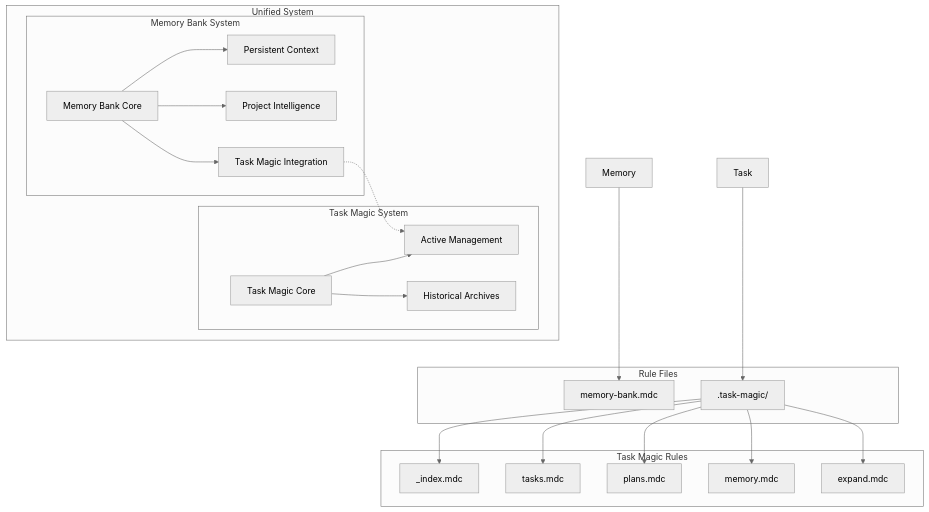
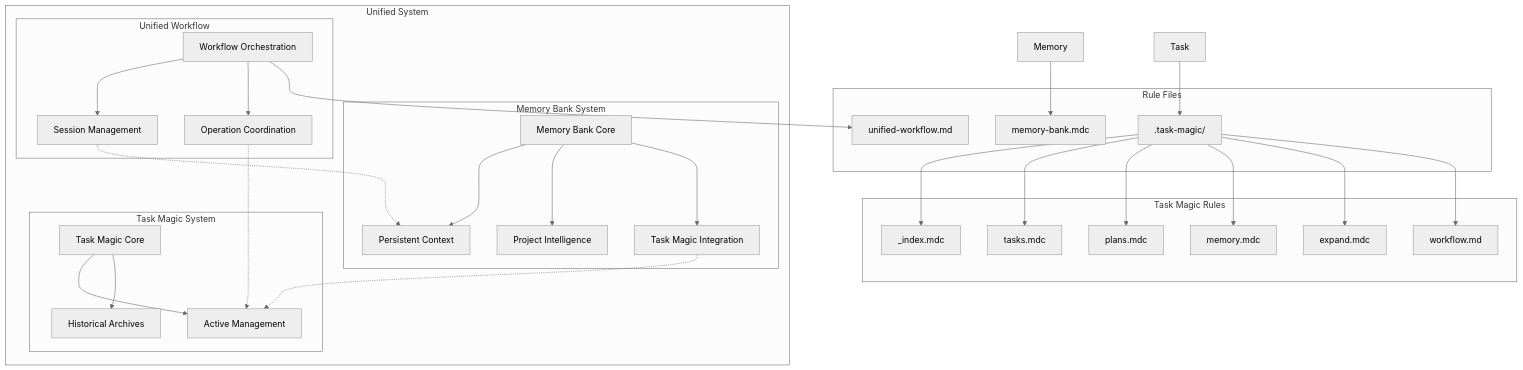
One commit to louisfghbvc/task-management-memory-system changed the first of 2 diagrams in README.md. Above: the diagram before and after it, drawn with Mermaid (neutral theme). The commit also changed other lines of this file and 1 other file, not shown here.

````diff
--- a/README.md
+++ b/README.md
@@ -7,47 +7,62 @@
 ```mermaid
 graph TD
     subgraph "Unified System"
         subgraph "Memory Bank System"
             MB[Memory Bank Core]
             MB_Context[Persistent Context]
             MB_Learning[Project Intelligence]
             MB_Integration[Task Magic Integration]
             
             MB --> MB_Context
             MB --> MB_Learning
             MB --> MB_Integration
         end
         
         subgraph "Task Magic System"
             TM[Task Magic Core]
             TM_Active[Active Management]
             TM_History[Historical Archives]
             
             TM --> TM_Active
             TM --> TM_History
         end
+        
+        subgraph "Unified Workflow"
+            UW[Workflow Orchestration]
+            UW_Session[Session Management]
+            UW_Operations[Operation Coordination]
+            
+            UW --> UW_Session
+            UW --> UW_Operations
+        end
     end
     
     subgraph "Rule Files"
         MB_Rule[memory-bank.mdc]
+        UW_Rule[unified-workflow.md]
         TM_Rules[.task-magic/]
     end
     
     subgraph "Task Magic Rules"
         TM_Index[_index.mdc]
         TM_Tasks[tasks.mdc]
         TM_Plans[plans.mdc]
         TM_Memory[memory.mdc]
         TM_Expand[expand.mdc]
+        TM_Workflow[workflow.md]
     end
     
     Memory --> MB_Rule
     Task --> TM_Rules
+    UW --> UW_Rule
     MB_Integration -.-> TM_Active
+    UW_Session -.-> MB_Context
+    UW_Operations -.-> TM_Active
     
     TM_Rules --> TM_Index
     TM_Rules --> TM_Tasks
     TM_Rules --> TM_Plans
     TM_Rules --> TM_Memory
     TM_Rules --> TM_Expand
+    TM_Rules --> TM_Workflow
 ```
````
